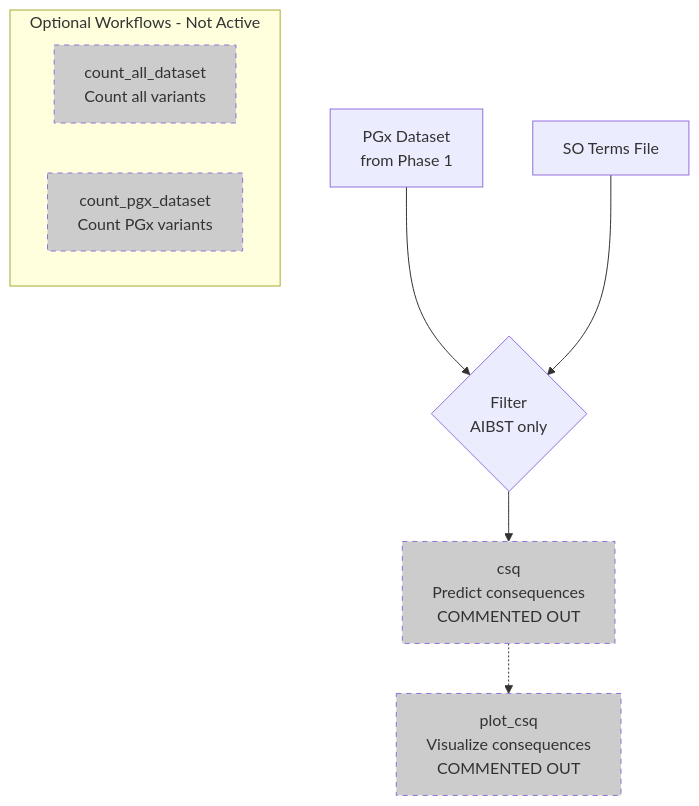
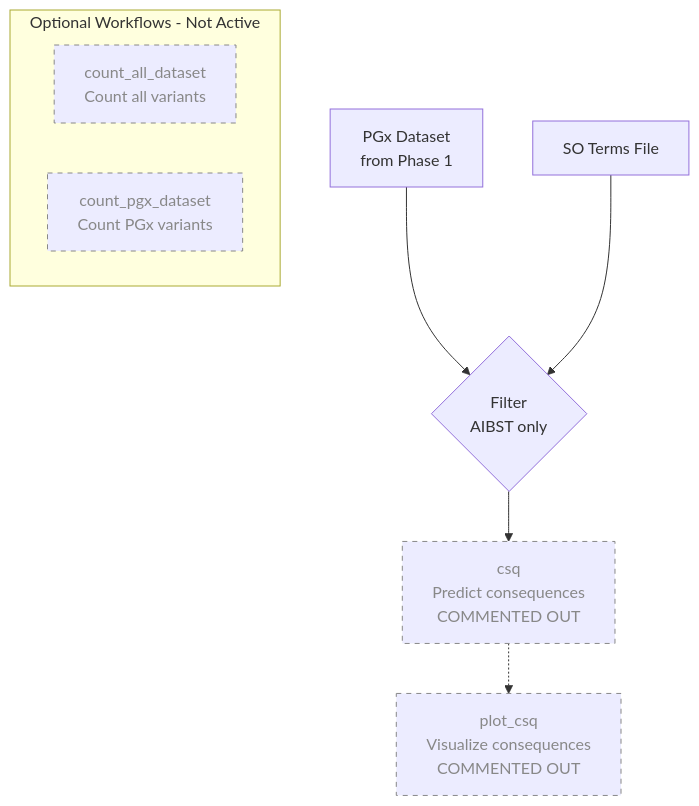
Before and after one commit to mamanambiya/exome_aibst_b38: the sixth of 8 diagrams in docs/WORKFLOW_GRAPH.md, drawn with Mermaid. The commit also changed other lines of this file, not shown here.

First line of the commit message:
docs: remove low-contrast fill colours from workflow graph

````diff
--- a/docs/WORKFLOW_GRAPH.md
+++ b/docs/WORKFLOW_GRAPH.md
@@ -204,18 +184,18 @@
 ```mermaid
 graph TB
     PGxData[PGx Dataset<br/>from Phase 1] --> Filter{Filter<br/>AIBST only}
     SOTerms[SO Terms File] --> Filter
     
     Filter --> CSQ[csq<br/>Predict consequences<br/>COMMENTED OUT]
     CSQ -.-> PlotCSQ[plot_csq<br/>Visualize consequences<br/>COMMENTED OUT]
     
     subgraph "Optional Workflows - Not Active"
         CountAll[count_all_dataset<br/>Count all variants]
         CountPGx[count_pgx_dataset<br/>Count PGx variants]
     end
     
-    style CSQ fill:#cccccc,stroke-dasharray: 5 5
-    style PlotCSQ fill:#cccccc,stroke-dasharray: 5 5
-    style CountAll fill:#cccccc,stroke-dasharray: 5 5
-    style CountPGx fill:#cccccc,stroke-dasharray: 5 5
+    style CSQ stroke-dasharray:5 5,stroke:#888,color:#888
+    style PlotCSQ stroke-dasharray:5 5,stroke:#888,color:#888
+    style CountAll stroke-dasharray:5 5,stroke:#888,color:#888
+    style CountPGx stroke-dasharray:5 5,stroke:#888,color:#888
 ```
````
